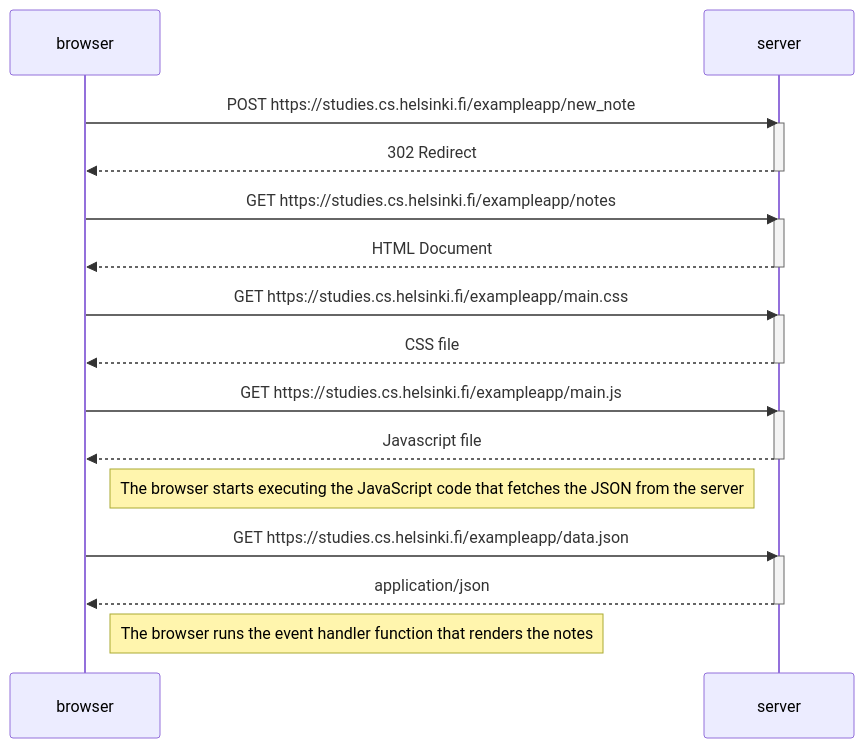
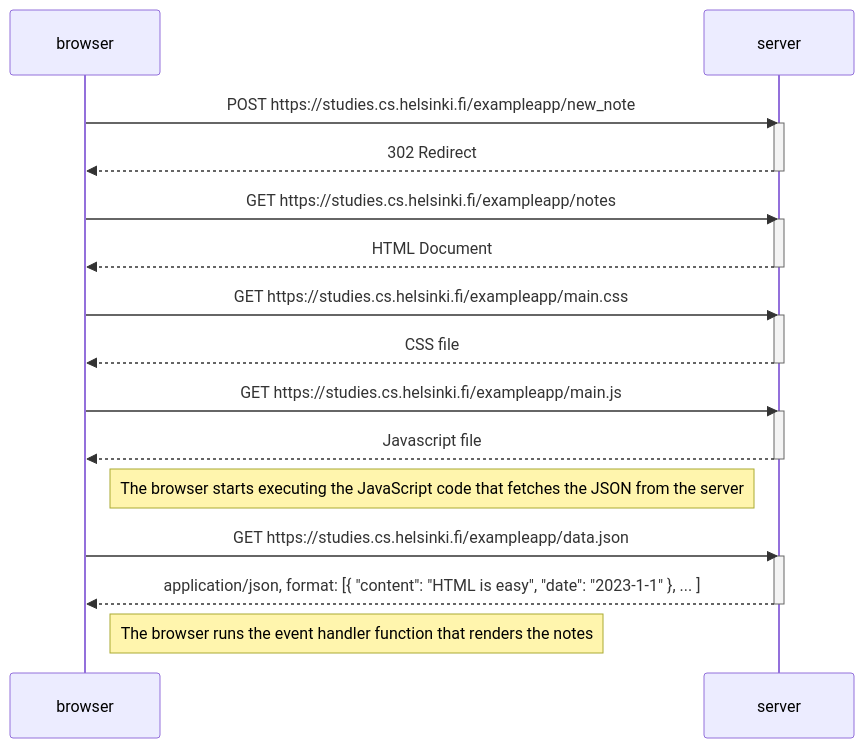
Before and after one commit to creativrajit/full-stack-open-helsinki: the diagram in part0/exercise04.md, drawn with Mermaid.

Commit message:
final exercise 0.4

````diff
--- a/part0/exercise04.md
+++ b/part0/exercise04.md
@@ -1,36 +1,36 @@
 ```mermaid
 sequenceDiagram
     participant browser
     participant server
 
     browser->>server: POST https://studies.cs.helsinki.fi/exampleapp/new_note
     activate server
     server-->>browser: 302 Redirect
     deactivate server
 
     browser->>server: GET https://studies.cs.helsinki.fi/exampleapp/notes
     activate server
     server-->>browser: HTML Document
     deactivate server
 
     browser->>server: GET https://studies.cs.helsinki.fi/exampleapp/main.css
     activate server
     server-->>browser: CSS file
     deactivate server
 
     browser->>server: GET https://studies.cs.helsinki.fi/exampleapp/main.js
     activate server
     server-->>browser: Javascript file
     deactivate server
 
     Note right of browser: The browser starts executing the JavaScript code that fetches the JSON from the server
 
 
     browser->>server: GET https://studies.cs.helsinki.fi/exampleapp/data.json
     activate server
-    server-->>browser: application/json
+    server-->>browser: application/json, format: [{ "content": "HTML is easy", "date": "2023-1-1" }, ... ]
     deactivate server
 
     Note right of browser: The browser runs the event handler function that renders the notes
 
 ```
````
